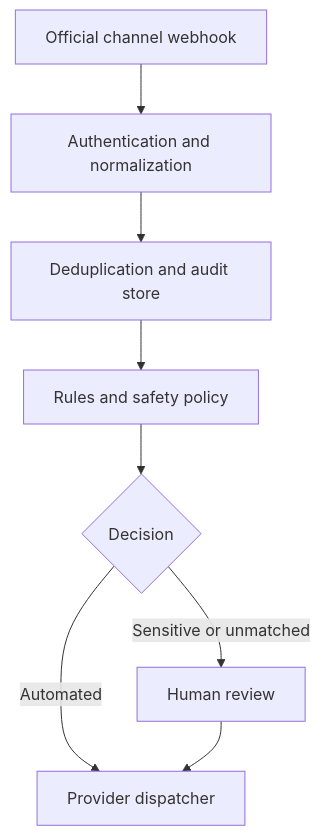
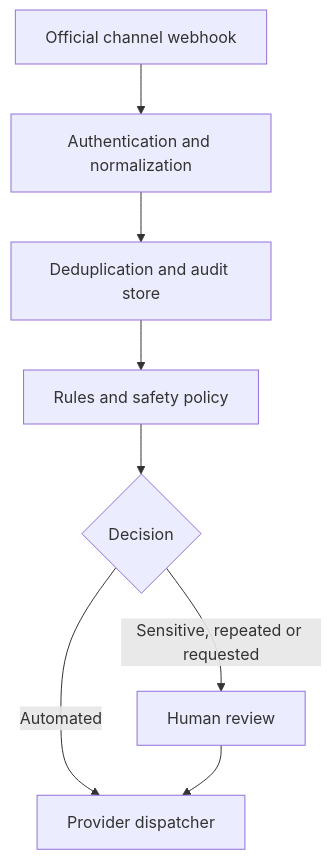
One commit to capitaldoengano/Moxnox-Omni changed the diagram in docs/ARCHITECTURE.md. Above: the diagram before and after it, drawn with Mermaid. The commit also changed other lines of this file and 23 other files, not shown here.

````diff
--- a/docs/ARCHITECTURE.md
+++ b/docs/ARCHITECTURE.md
@@ -8,10 +8,10 @@
 ```mermaid
 flowchart TD
   A[Official channel webhook] --> B[Authentication and normalization]
   B --> C[Deduplication and audit store]
   C --> D[Rules and safety policy]
   D --> E{Decision}
   E -->|Automated| F[Provider dispatcher]
-  E -->|Sensitive or unmatched| G[Human review]
+  E -->|Sensitive, repeated or requested| G[Human review]
   G --> F
 ```
````
